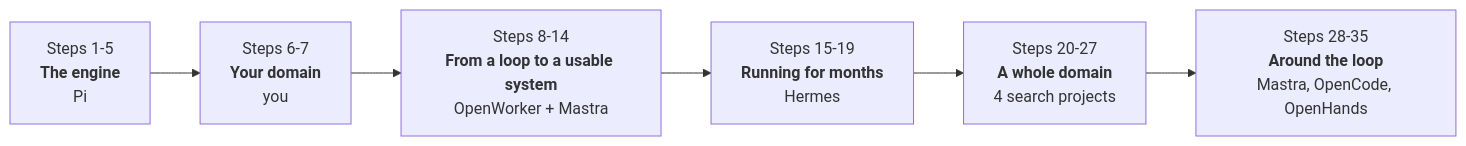
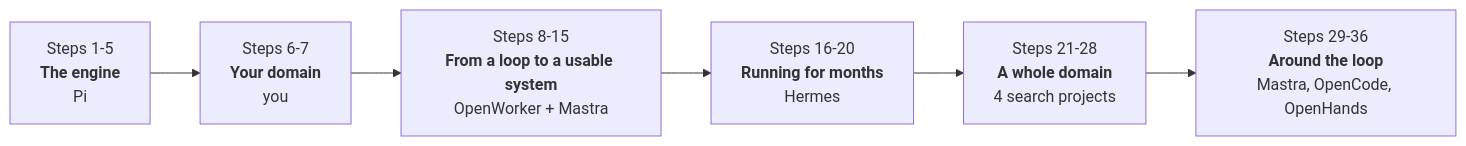
Before and after one commit to whereissam/learn-agent-engineering-from-production: the second of 2 diagrams in README.md, drawn with Mermaid. The commit also changed other lines of this file and 12 other files, not shown here.

````diff
--- a/README.md
+++ b/README.md
@@ -70,8 +70,8 @@
 ```mermaid
 flowchart LR
     P1["Steps 1-5<br/><b>The engine</b><br/>Pi"] --> P2["Steps 6-7<br/><b>Your domain</b><br/>you"]
-    P2 --> P3["Steps 8-14<br/><b>From a loop to a usable system</b><br/>OpenWorker + Mastra"]
-    P3 --> P4["Steps 15-19<br/><b>Running for months</b><br/>Hermes"]
-    P4 --> P5["Steps 20-27<br/><b>A whole domain</b><br/>4 search projects"]
-    P5 --> P6["Steps 28-35<br/><b>Around the loop</b><br/>Mastra, OpenCode, OpenHands"]
+    P2 --> P3["Steps 8-15<br/><b>From a loop to a usable system</b><br/>OpenWorker + Mastra"]
+    P3 --> P4["Steps 16-20<br/><b>Running for months</b><br/>Hermes"]
+    P4 --> P5["Steps 21-28<br/><b>A whole domain</b><br/>4 search projects"]
+    P5 --> P6["Steps 29-36<br/><b>Around the loop</b><br/>Mastra, OpenCode, OpenHands"]
 ```
````
